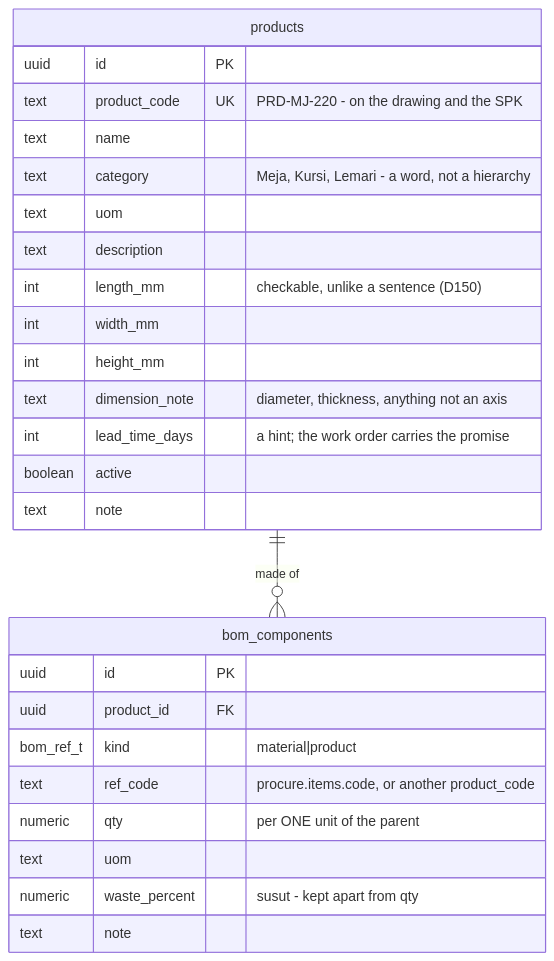
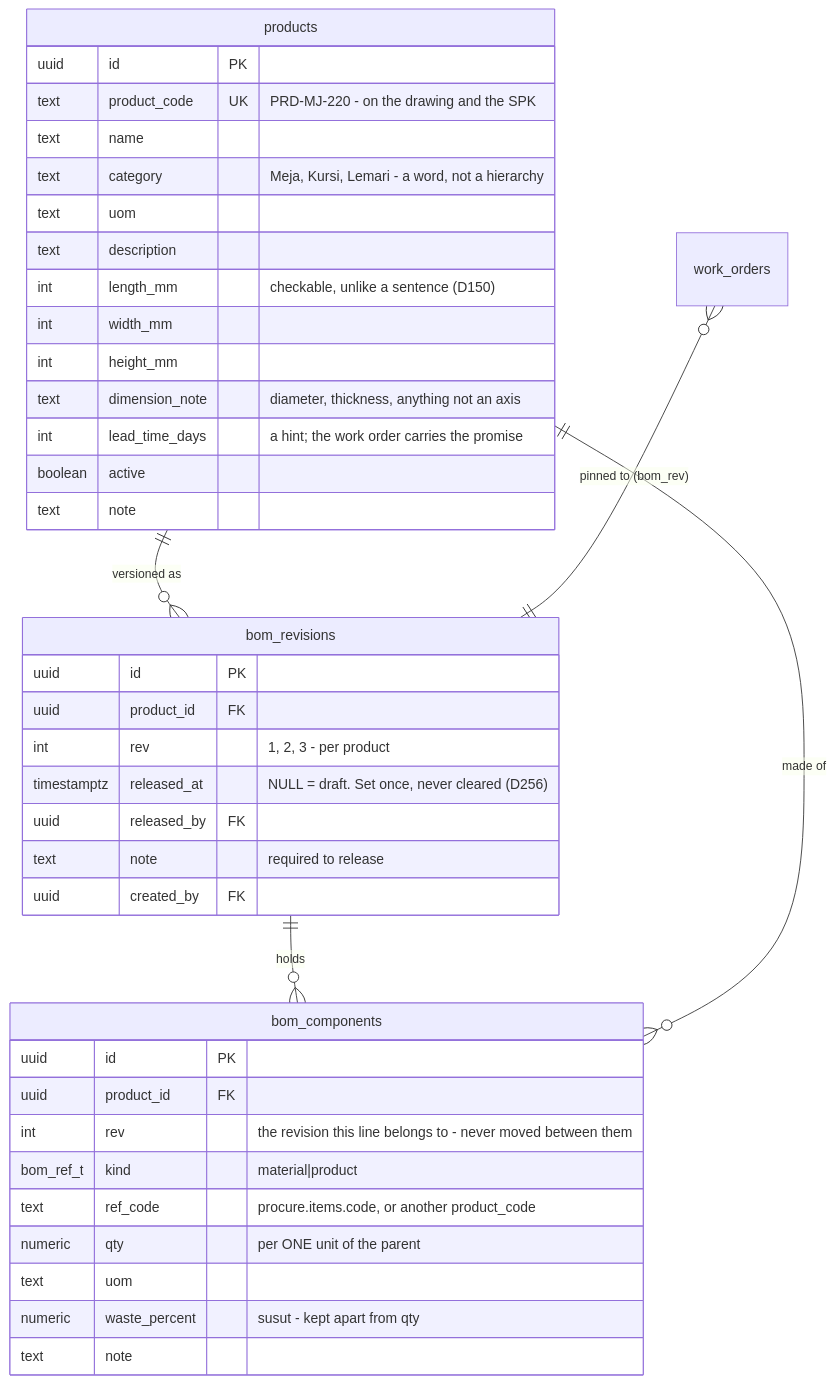
Before and after one commit to talait/ops-talaliving: diagram 12 of 14 in docs/plan/02-database.md, drawn with Mermaid. The commit also changed 16 other files, not shown here.

First line of the commit message:
M48 — a versioned bill of material, pinned to the work order that used it

````diff
--- a/docs/plan/02-database.md
+++ b/docs/plan/02-database.md
@@ -1709,30 +1709,43 @@
 ```mermaid
 erDiagram
+    products ||--o{ bom_revisions : "versioned as"
+    bom_revisions ||--o{ bom_components : "holds"
     products ||--o{ bom_components : "made of"
+    work_orders }o--|| bom_revisions : "pinned to (bom_rev)"
 
     products {
         uuid id PK
         text product_code UK "PRD-MJ-220 - on the drawing and the SPK"
         text name
         text category "Meja, Kursi, Lemari - a word, not a hierarchy"
         text uom
         text description
         int length_mm "checkable, unlike a sentence (D150)"
         int width_mm
         int height_mm
         text dimension_note "diameter, thickness, anything not an axis"
         int lead_time_days "a hint; the work order carries the promise"
         boolean active
         text note
     }
+    bom_revisions {
+        uuid id PK
+        uuid product_id FK
+        int rev "1, 2, 3 - per product"
+        timestamptz released_at "NULL = draft. Set once, never cleared (D256)"
+        uuid released_by FK
+        text note "required to release"
+        uuid created_by FK
+    }
     bom_components {
         uuid id PK
         uuid product_id FK
+        int rev "the revision this line belongs to - never moved between them"
         bom_ref_t kind "material|product"
         text ref_code "procure.items.code, or another product_code"
         numeric qty "per ONE unit of the parent"
         text uom
         numeric waste_percent "susut - kept apart from qty"
         text note
     }
 ```
````
